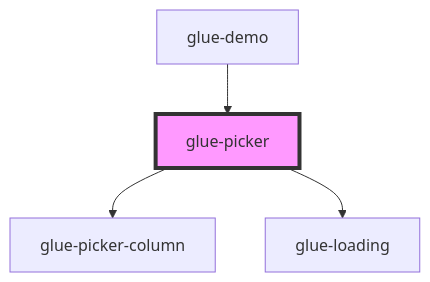
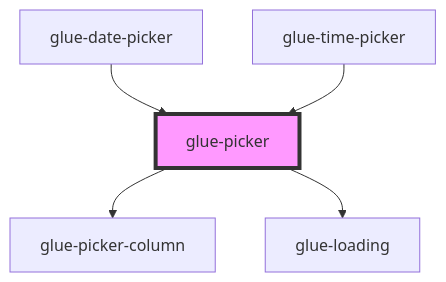
Before and after one commit to grasilife/glue: the diagram in packages/glue-components/src/components/glue-picker/readme.md, drawn with Mermaid. The commit also changed other lines of this file and 7 other files, not shown here.

````diff
--- a/packages/glue-components/src/components/glue-picker/readme.md
+++ b/packages/glue-components/src/components/glue-picker/readme.md
@@ -165,7 +166,8 @@
 ```mermaid
 graph TD;
   glue-picker --> glue-picker-column
   glue-picker --> glue-loading
-  glue-demo --> glue-picker
+  glue-date-picker --> glue-picker
+  glue-time-picker --> glue-picker
   style glue-picker fill:#f9f,stroke:#333,stroke-width:4px
 ```
````
